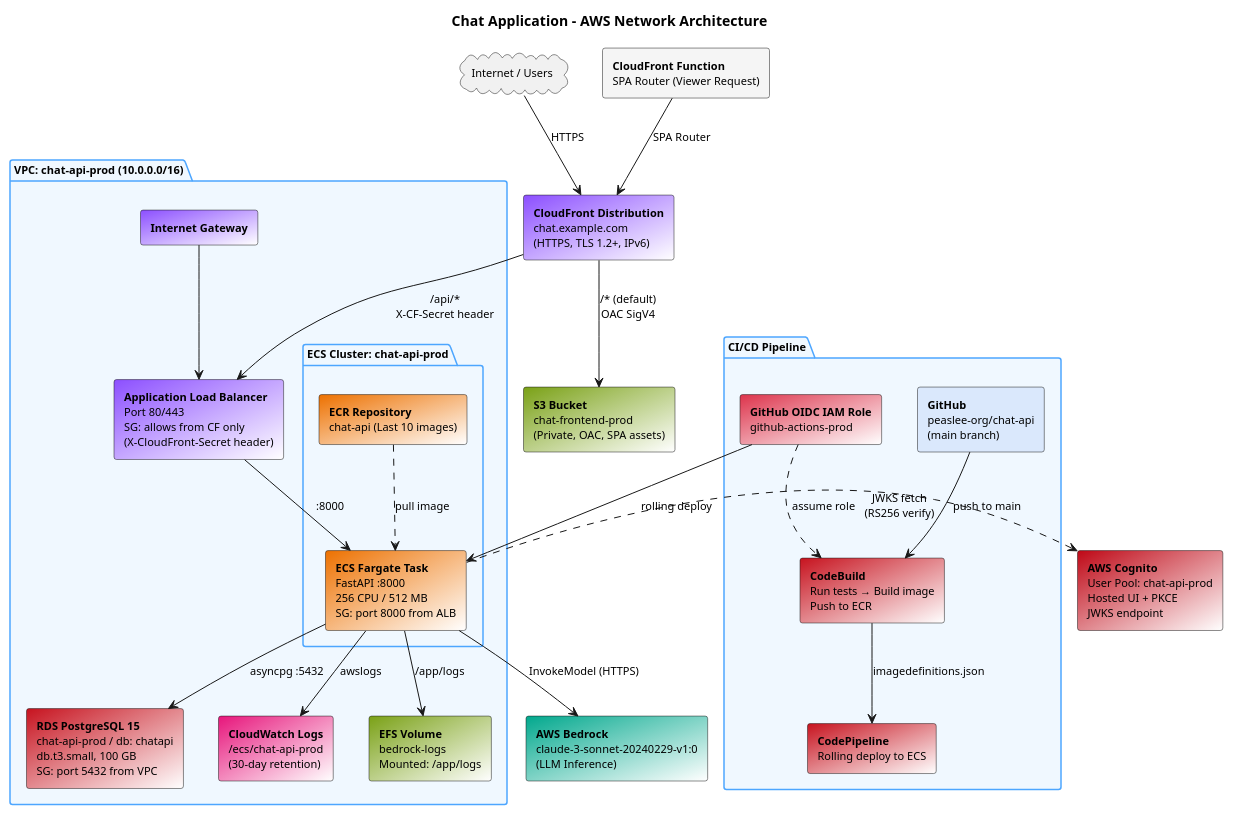
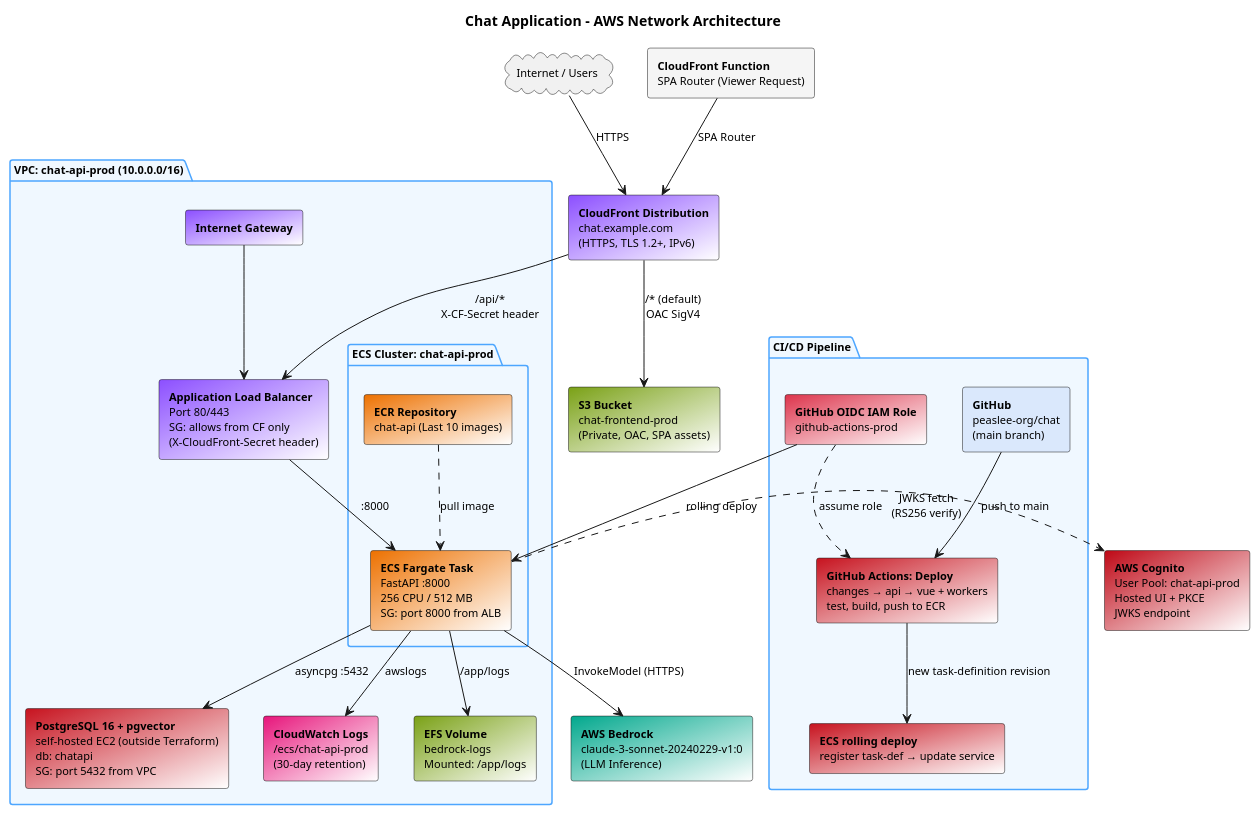
One commit to peaslee-org/chat changed the diagram in docs/architecture/network-map.puml. Above: the diagram before and after it, drawn with PlantUML. The commit also changed 37 other files, not shown here.

```diff
--- a/docs/architecture/network-map.puml
+++ b/docs/architecture/network-map.puml
@@ -1,63 +1,63 @@
 @startuml network-map
 title Chat Application – AWS Network Architecture
 
 skinparam defaultFontSize 11
 skinparam rectangleBorderRadius 8
 skinparam packageBorderColor #4da6ff
 skinparam packageBackgroundColor #f0f8ff
 
 cloud "Internet / Users" as internet
 
 rectangle "<b>CloudFront Distribution</b>\nchat.example.com\n(HTTPS, TLS 1.2+, IPv6)" as cf #8C4FFF/white
 rectangle "<b>CloudFront Function</b>\nSPA Router (Viewer Request)" as cf_fn #f5f5f5
 
 rectangle "<b>S3 Bucket</b>\nchat-frontend-prod\n(Private, OAC, SPA assets)" as s3 #7AA116/white
 
 package "VPC: chat-api-prod (10.0.0.0/16)" {
 
   rectangle "<b>Internet Gateway</b>" as igw #8C4FFF/white
 
   rectangle "<b>Application Load Balancer</b>\nPort 80/443\nSG: allows from CF only\n(X-CloudFront-Secret header)" as alb #8C4FFF/white
 
   package "ECS Cluster: chat-api-prod" {
     rectangle "<b>ECR Repository</b>\nchat-api (Last 10 images)" as ecr #ED7100/white
     rectangle "<b>ECS Fargate Task</b>\nFastAPI :8000\n256 CPU / 512 MB\nSG: port 8000 from ALB" as ecs #ED7100/white
   }
 
-  rectangle "<b>RDS PostgreSQL 15</b>\nchat-api-prod / db: chatapi\ndb.t3.small, 100 GB\nSG: port 5432 from VPC" as rds #C7131F/white
+  rectangle "<b>PostgreSQL 16 + pgvector</b>\nself-hosted EC2 (outside Terraform)\ndb: chatapi\nSG: port 5432 from VPC" as rds #C7131F/white
 
   rectangle "<b>CloudWatch Logs</b>\n/ecs/chat-api-prod\n(30-day retention)" as cw #E7157B/white
 
   rectangle "<b>EFS Volume</b>\nbedrock-logs\nMounted: /app/logs" as efs #7AA116/white
 }
 
 rectangle "<b>AWS Bedrock</b>\nclaude-3-sonnet-20240229-v1:0\n(LLM Inference)" as bedrock #01A88D/white
 
 rectangle "<b>AWS Cognito</b>\nUser Pool: chat-api-prod\nHosted UI + PKCE\nJWKS endpoint" as cognito #BF0816/white
 
 package "CI/CD Pipeline" {
-  rectangle "<b>GitHub</b>\npeaslee-org/chat-api\n(main branch)" as github #dae8fc
-  rectangle "<b>CodeBuild</b>\nRun tests → Build image\nPush to ECR" as codebuild #C7131F/white
-  rectangle "<b>CodePipeline</b>\nRolling deploy to ECS" as codepipeline #C7131F/white
+  rectangle "<b>GitHub</b>\npeaslee-org/chat\n(main branch)" as github #dae8fc
+  rectangle "<b>GitHub Actions: Deploy</b>\nchanges → api → vue + workers\ntest, build, push to ECR" as codebuild #C7131F/white
+  rectangle "<b>ECS rolling deploy</b>\nregister task-def → update service" as codepipeline #C7131F/white
   rectangle "<b>GitHub OIDC IAM Role</b>\ngithub-actions-prod" as oidc #DD344C/white
 }
 
 internet --> cf : HTTPS
 cf_fn --> cf : SPA Router
 cf --> s3 : "/* (default)\nOAC SigV4"
 cf --> alb : "/api/*\nX-CF-Secret header"
 igw --> alb
 alb --> ecs : :8000
 ecs --> rds : "asyncpg :5432"
 ecs --> cw : awslogs
 ecs --> efs : /app/logs
 ecs --> bedrock : "InvokeModel (HTTPS)"
 ecs .right.> cognito : "JWKS fetch\n(RS256 verify)"
 ecr ..> ecs : pull image
 
 github --> codebuild : push to main
-codebuild --> codepipeline : imagedefinitions.json
+codebuild --> codepipeline : new task-definition revision
 oidc ..> codebuild : assume role
 oidc --> ecs : rolling deploy
 
 @enduml
```
